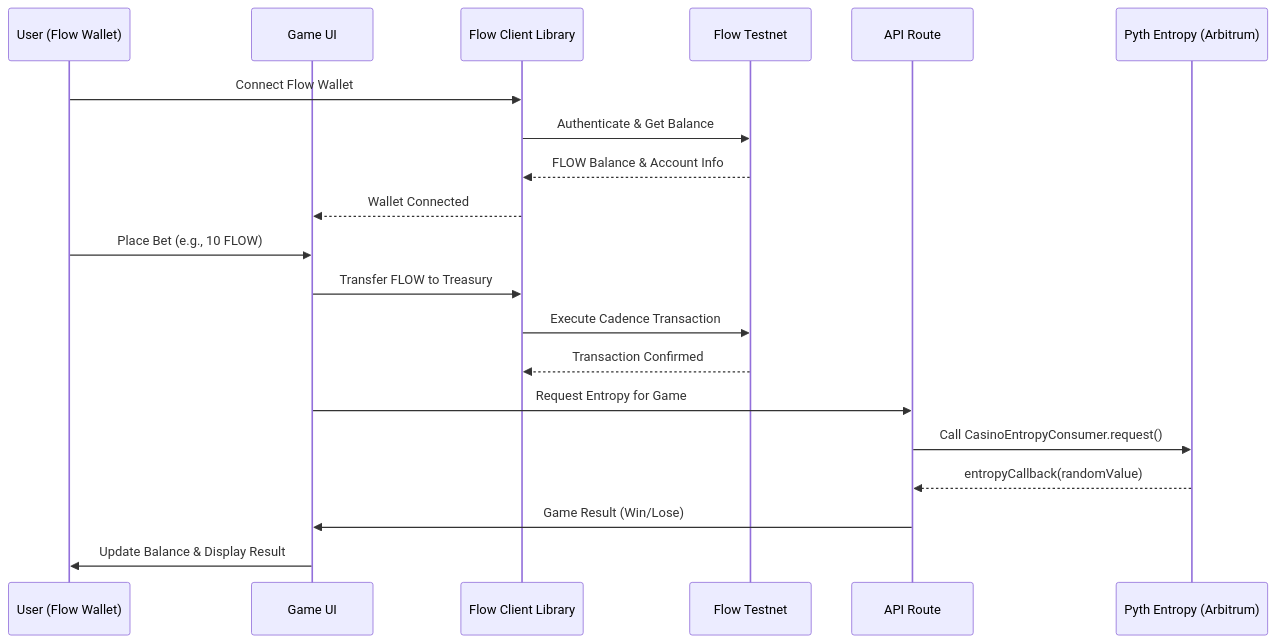
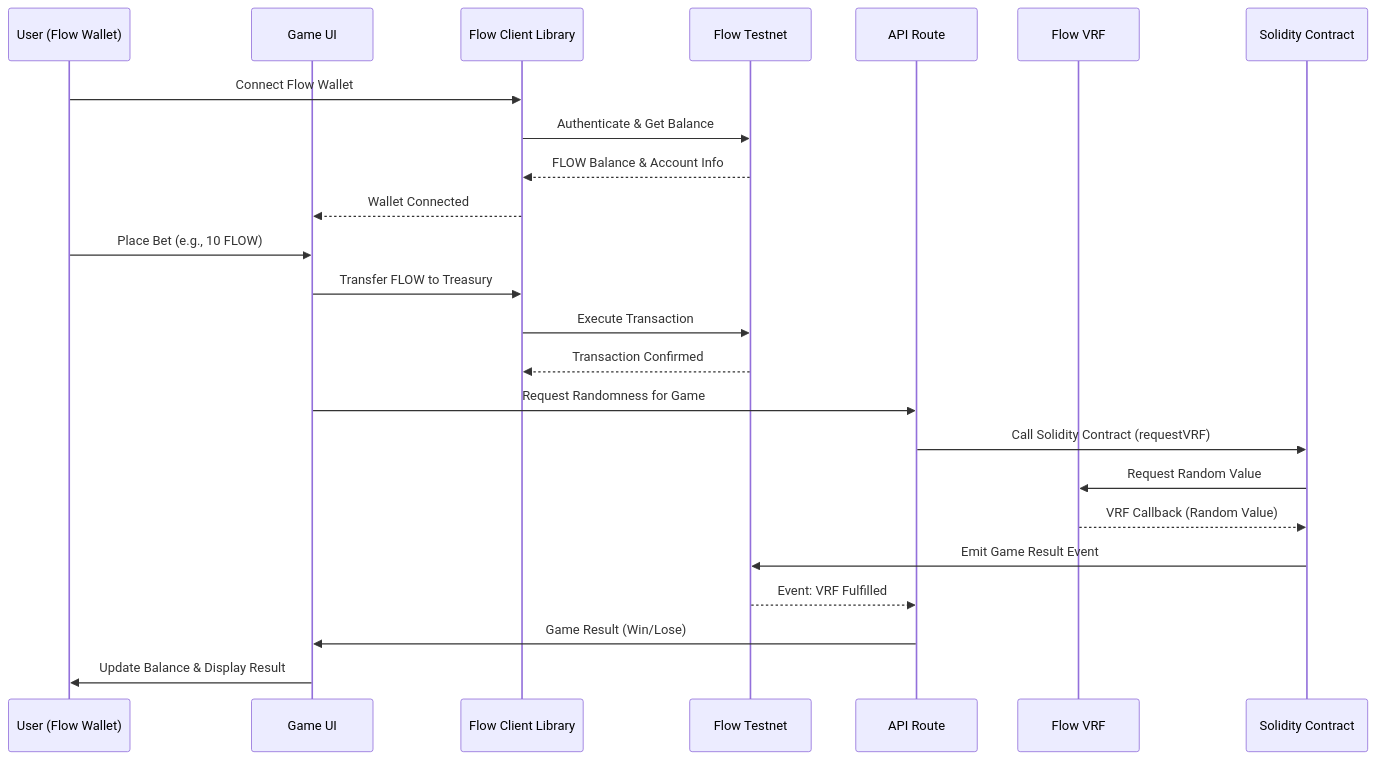
One commit to AmaanSayyad/APT-Casino-Flow changed the diagram in README.md. Above: the diagram before and after it, drawn with Mermaid. The commit also changed other lines of this file, not shown here.

````diff
--- a/README.md
+++ b/README.md
@@ -161,26 +160,30 @@
 ```mermaid
 sequenceDiagram
     participant U as User (Flow Wallet)
     participant UI as Game UI
     participant FCL as Flow Client Library
     participant FT as Flow Testnet
     participant API as API Route
-    participant PE as Pyth Entropy (Arbitrum)
+    participant FVRF as Flow VRF
+    participant SC as Solidity Contract
     
     U->>FCL: Connect Flow Wallet
     FCL->>FT: Authenticate & Get Balance
     FT-->>FCL: FLOW Balance & Account Info
     FCL-->>UI: Wallet Connected
     
     U->>UI: Place Bet (e.g., 10 FLOW)
     UI->>FCL: Transfer FLOW to Treasury
-    FCL->>FT: Execute Cadence Transaction
+    FCL->>FT: Execute Transaction
     FT-->>FCL: Transaction Confirmed
     
-    UI->>API: Request Entropy for Game
-    API->>PE: Call CasinoEntropyConsumer.request()
-    PE-->>API: entropyCallback(randomValue)
+    UI->>API: Request Randomness for Game
+    API->>SC: Call Solidity Contract (requestVRF)
+    SC->>FVRF: Request Random Value
+    FVRF-->>SC: VRF Callback (Random Value)
+    SC->>FT: Emit Game Result Event
+    FT-->>API: Event: VRF Fulfilled
     API->>UI: Game Result (Win/Lose)
     
     UI->>U: Update Balance & Display Result
 ```
````
